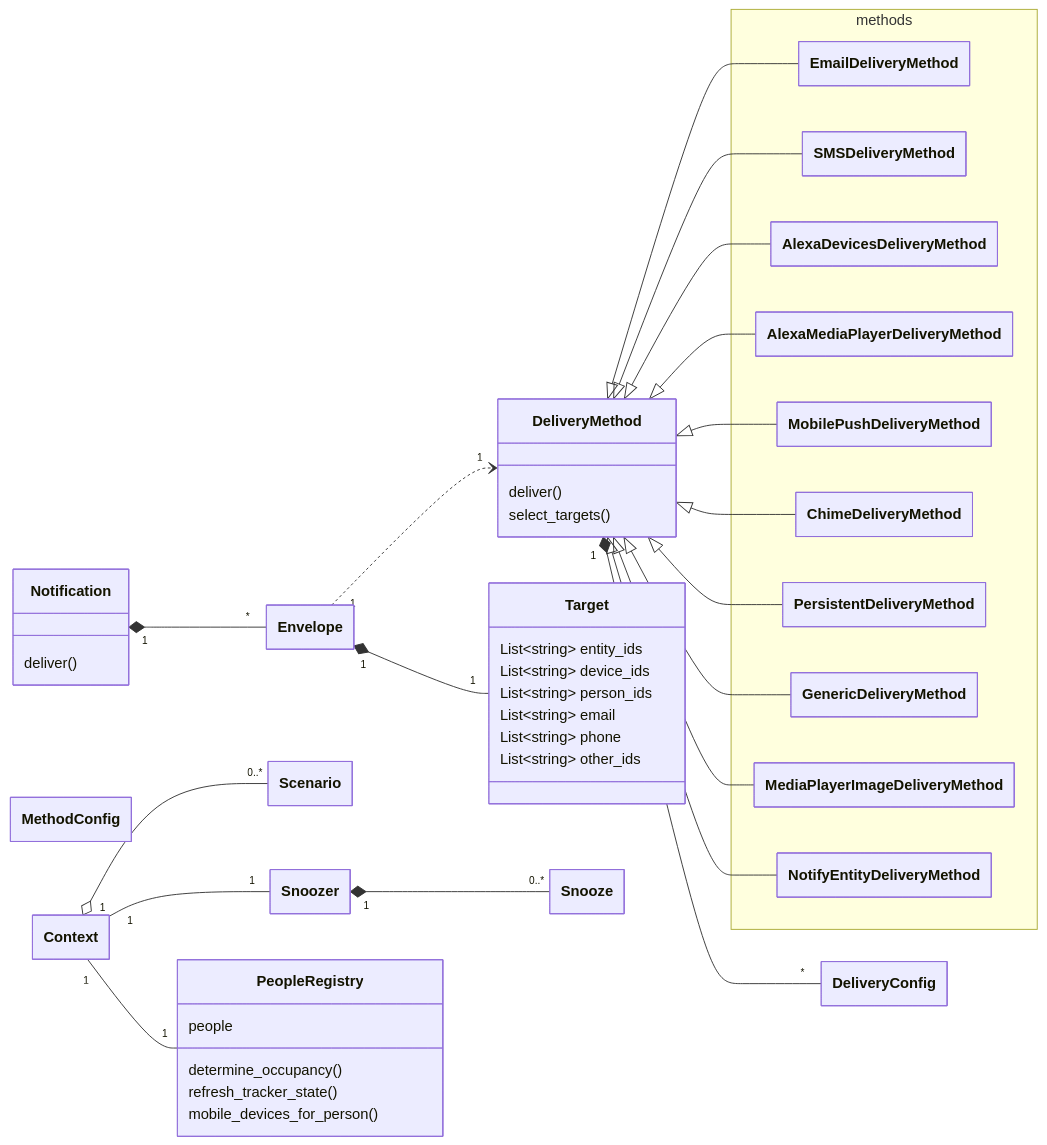
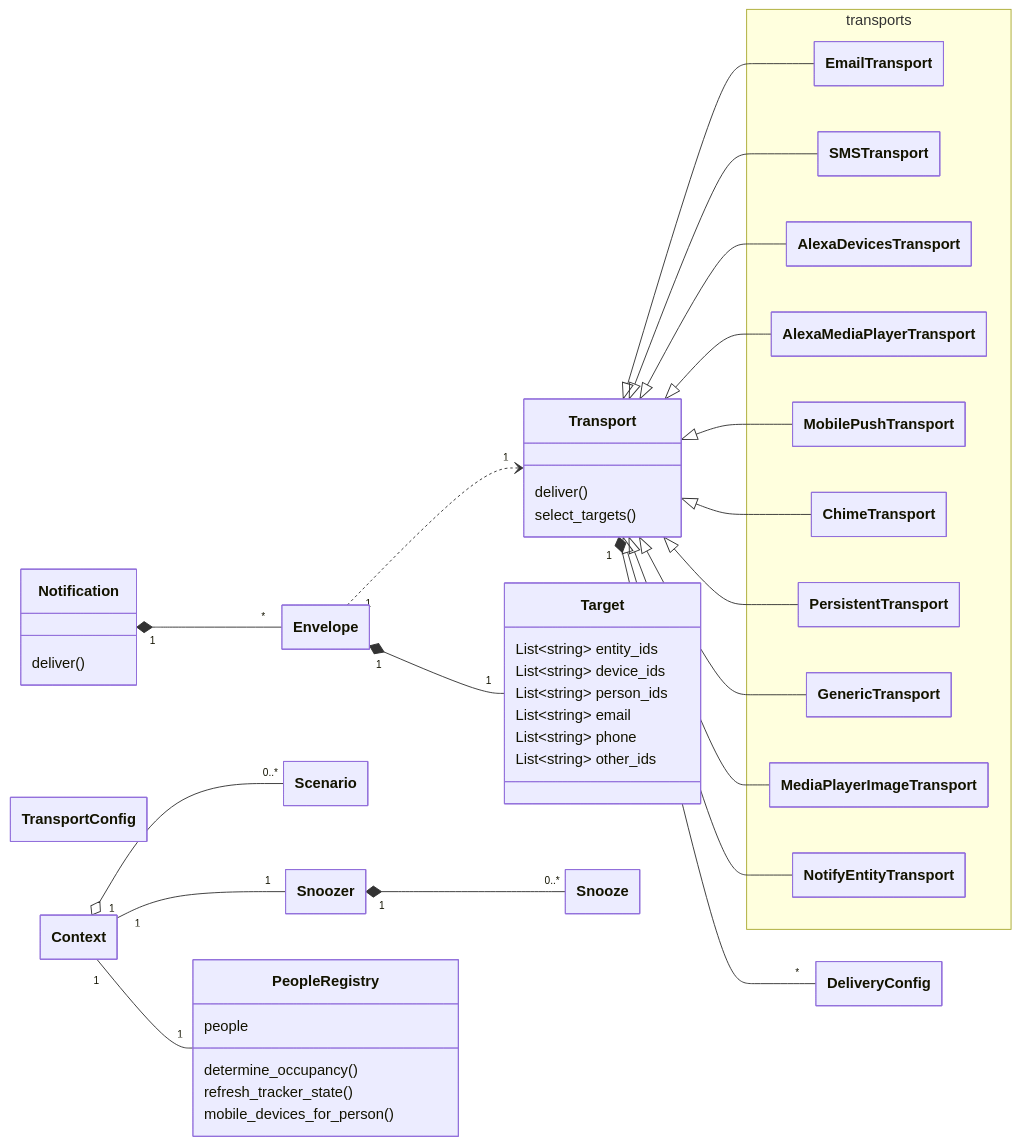
One commit to rhizomatics/supernotify changed the diagram in docs/developer/class_diagram.md. Above: the diagram before and after it, drawn with Mermaid. The commit also changed 58 other files, not shown here.

Commit message:
Refactor Method to Transport for better homeassitant consistency

````diff
--- a/docs/developer/class_diagram.md
+++ b/docs/developer/class_diagram.md
@@ -3,75 +3,75 @@
 ```mermaid
 ---
   config:
     class:
       hideEmptyMembersBox: true
 ---
 classDiagram
 direction LR
     class Notification {
          deliver()
     }
     class Envelope {
     }
-    class DeliveryMethod {
+    class Transport {
         deliver()
         select_targets()
     }
-    class MethodConfig {
+    class TransportConfig {
     }
     class Target {
         List~string~ entity_ids
         List~string~ device_ids
         List~string~ person_ids
         List~string~ email
         List~string~ phone
         List~string~ other_ids
     }
     class DeliveryConfig {
     }
     class Context {
     }
     class Scenario {
     }
     class Snoozer {
     }
     class Snooze {
     }
     class PeopleRegistry {
         people
         determine_occupancy()
         refresh_tracker_state()
         mobile_devices_for_person()
     }
-    namespace methods {
-        class EmailDeliveryMethod{}
-        class SMSDeliveryMethod{}
-        class AlexaDevicesDeliveryMethod{}
-        class AlexaMediaPlayerDeliveryMethod{}
-        class MobilePushDeliveryMethod{}
-        class ChimeDeliveryMethod{}
-        class PersistentDeliveryMethod{}
-        class GenericDeliveryMethod{}
-        class MediaPlayerImageDeliveryMethod{}
-        class NotifyEntityDeliveryMethod{}
+    namespace transports {
+        class EmailTransport{}
+        class SMSTransport{}
+        class AlexaDevicesTransport{}
+        class AlexaMediaPlayerTransport{}
+        class MobilePushTransport{}
+        class ChimeTransport{}
+        class PersistentTransport{}
+        class GenericTransport{}
+        class MediaPlayerImageTransport{}
+        class NotifyEntityTransport{}
     }
 
     Notification "1" *-- "*" Envelope
-    Envelope "1" ..> "1" DeliveryMethod
+    Envelope "1" ..> "1" Transport
     Envelope "1" *-- "1" Target
-    DeliveryMethod "1" *-- "*" DeliveryConfig
+    Transport "1" *-- "*" DeliveryConfig
     Context "1" o-- "0..*" Scenario
     Snoozer "1" *-- "0..*" Snooze
     Context "1" -- "1" Snoozer
     Context "1" -- "1" PeopleRegistry
-    DeliveryMethod <|--  EmailDeliveryMethod
-    DeliveryMethod <|--  SMSDeliveryMethod
-    DeliveryMethod <|--  AlexaDevicesDeliveryMethod
-    DeliveryMethod <|--  AlexaMediaPlayerDeliveryMethod
-    DeliveryMethod <|--  MobilePushDeliveryMethod
-    DeliveryMethod <|--  ChimeDeliveryMethod
-    DeliveryMethod <|--  PersistentDeliveryMethod
-    DeliveryMethod <|--  GenericDeliveryMethod
-    DeliveryMethod <|--  MediaPlayerImageDeliveryMethod
-    DeliveryMethod <|--  NotifyEntityDeliveryMethod
+    Transport <|--  EmailTransport
+    Transport <|--  SMSTransport
+    Transport <|--  AlexaDevicesTransport
+    Transport <|--  AlexaMediaPlayerTransport
+    Transport <|--  MobilePushTransport
+    Transport <|--  ChimeTransport
+    Transport <|--  PersistentTransport
+    Transport <|--  GenericTransport
+    Transport <|--  MediaPlayerImageTransport
+    Transport <|--  NotifyEntityTransport
 ```
````
